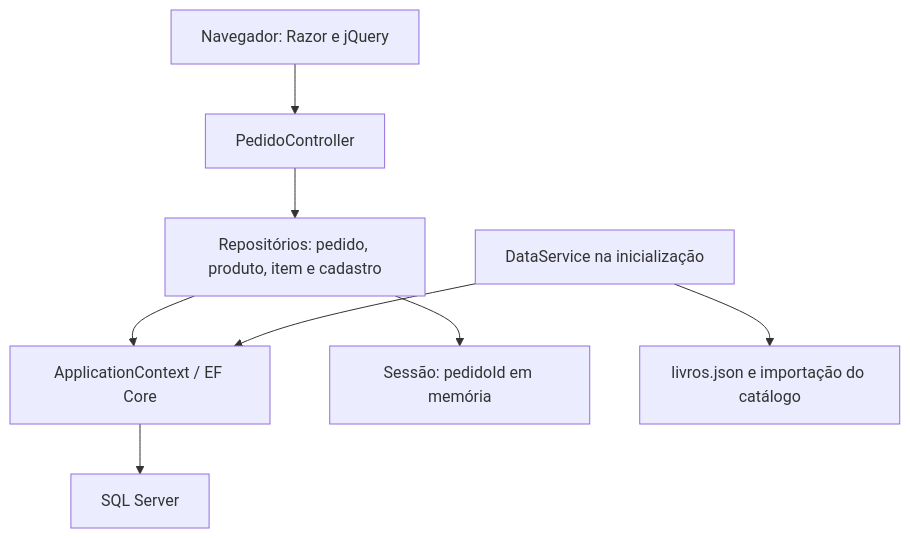
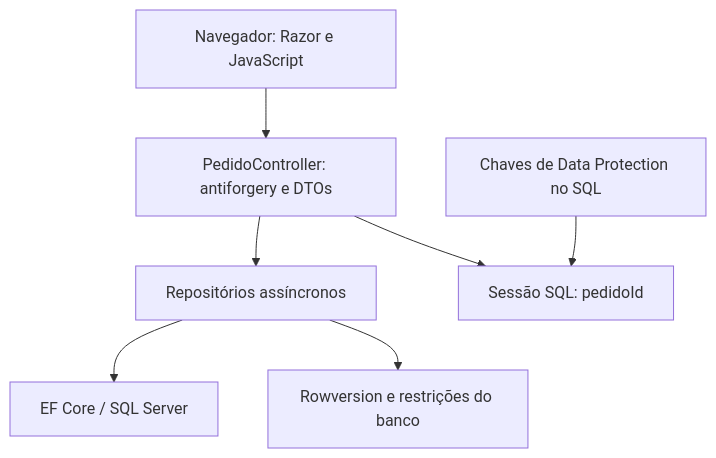
The diagram in README.md (fernandojs8/.Net-Developer), drawn with Mermaid before and after one commit. The commit also changed other lines of this file and 48 other files, not shown here.

````diff
--- a/README.md
+++ b/README.md
@@ -65,10 +28,9 @@
 ```mermaid
 flowchart TD
-    A["Navegador: Razor e jQuery"] --> B["PedidoController"]
-    B --> C["Repositórios: pedido, produto, item e cadastro"]
-    C --> D["ApplicationContext / EF Core"]
-    D --> E["SQL Server"]
-    C --> F["Sessão: pedidoId em memória"]
-    G["DataService na inicialização"] --> D
-    G --> H["livros.json e importação do catálogo"]
+    B["Navegador: Razor e JavaScript"] --> C["PedidoController: antiforgery e DTOs"]
+    C --> R["Repositórios assíncronos"]
+    R --> D["EF Core / SQL Server"]
+    C --> S["Sessão SQL: pedidoId"]
+    K["Chaves de Data Protection no SQL"] --> S
+    R --> V["Rowversion e restrições do banco"]
 ```
````
